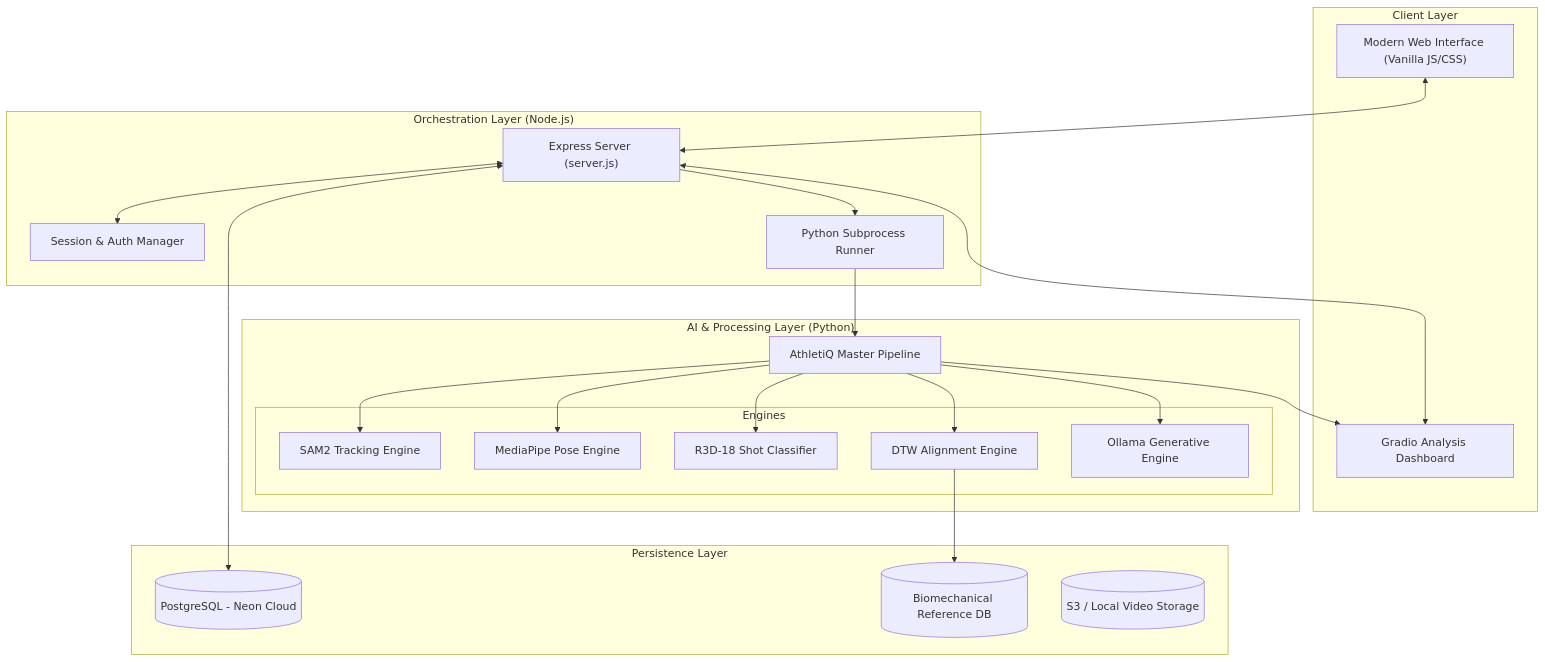
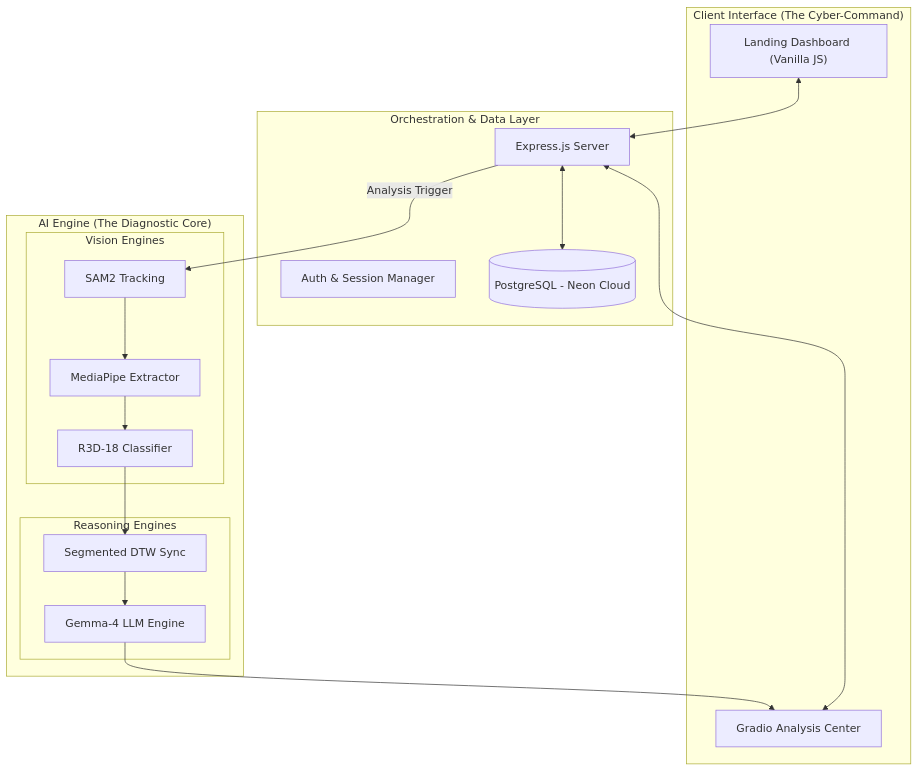
Before and after one commit to milansinghal2004/AthletiQ: the second of 2 diagrams in README.md, drawn with Mermaid. The commit also changed other lines of this file, not shown here.

Commit message:
Update readme and diagrams

````diff
--- a/README.md
+++ b/README.md
@@ -62,46 +62,37 @@
 ```mermaid
 graph TB
-    subgraph "Client Layer"
-        UI["Modern Web Interface (Vanilla JS/CSS)"]
-        GR_UI["Gradio Analysis Dashboard"]
+    subgraph "Client Interface (The Cyber-Command)"
+        UI["Landing Dashboard (Vanilla JS)"]
+        GR_UI["Gradio Analysis Center"]
     end
 
-    subgraph "Orchestration Layer (Node.js)"
-        Srv["Express Server (server.js)"]
-        Auth["Session & Auth Manager"]
-        Runner["Python Subprocess Runner"]
+    subgraph "Orchestration & Data Layer"
+        Srv["Express.js Server"]
+        Auth["Auth & Session Manager"]
+        Postgres[(PostgreSQL - Neon Cloud)]
     end
 
-    subgraph "AI & Processing Layer (Python)"
-        Pipe["AthletiQ Master Pipeline"]
-        subgraph "Engines"
-            SAM["SAM2 Tracking Engine"]
-            Pose["MediaPipe Pose Engine"]
-            Shot["R3D-18 Shot Classifier"]
-            Sync["DTW Alignment Engine"]
-            LLM["Ollama Generative Engine"]
+    subgraph "AI Engine (The Diagnostic Core)"
+        subgraph "Vision Engines"
+            SAM["SAM2 Tracking"]
+            POSE["MediaPipe Extractor"]
+            SHOT["R3D-18 Classifier"]
+        end
+        subgraph "Reasoning Engines"
+            SYNC["Segmented DTW Sync"]
+            GEN["Gemma-4 LLM Engine"]
         end
     end
 
-    subgraph "Persistence Layer"
-        Postgres[(PostgreSQL - Neon Cloud)]
-        RefDB[(Biomechanical Reference DB)]
-        Media[(S3 / Local Video Storage)]
-    end
-
     UI <--> Srv
-    Srv <--> Auth
     Srv <--> Postgres
-    Srv --> Runner
-    Runner --> Pipe
+    Srv --> |Analysis Trigger| SAM
     
-    Pipe --> SAM
-    Pipe --> Pose
-    Pipe --> Shot
-    Pipe --> Sync
-    Pipe --> LLM
+    SAM --> POSE
+    POSE --> SHOT
+    SHOT --> SYNC
+    SYNC --> GEN
     
-    Sync --> RefDB
-    Pipe --> GR_UI
+    GEN --> GR_UI
     Srv <--> GR_UI
 ```
````
